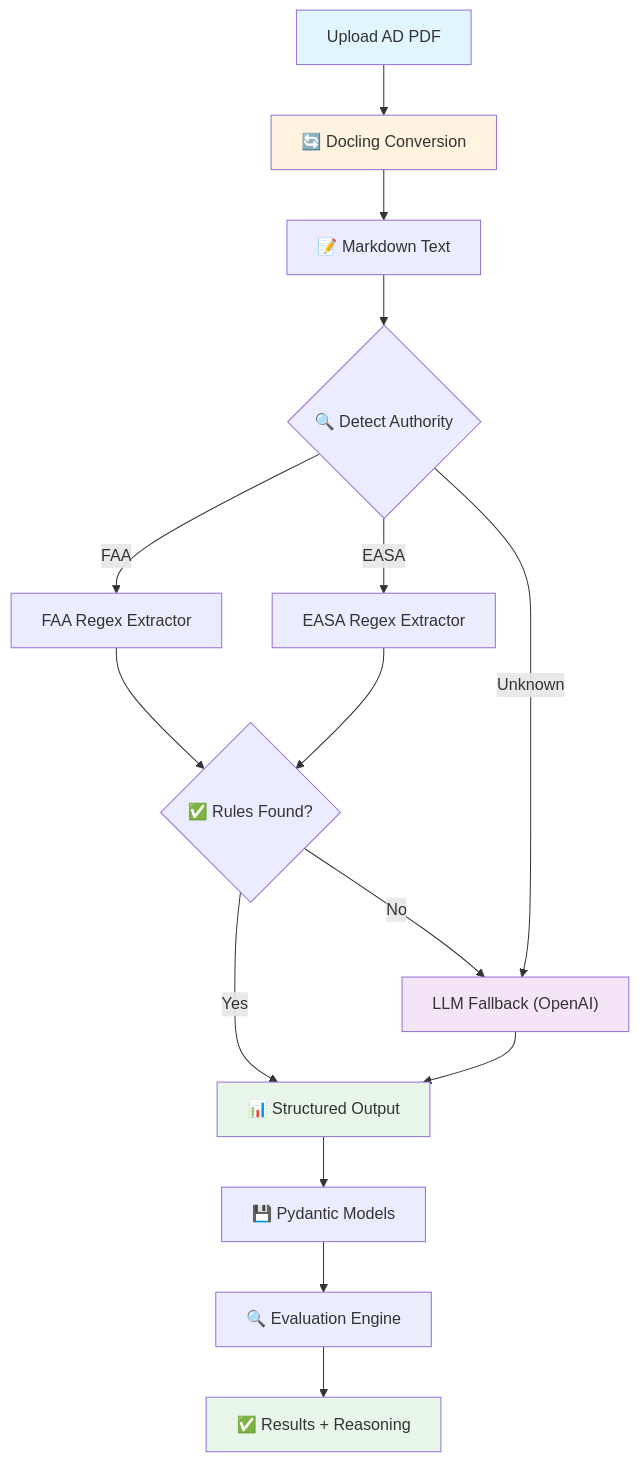
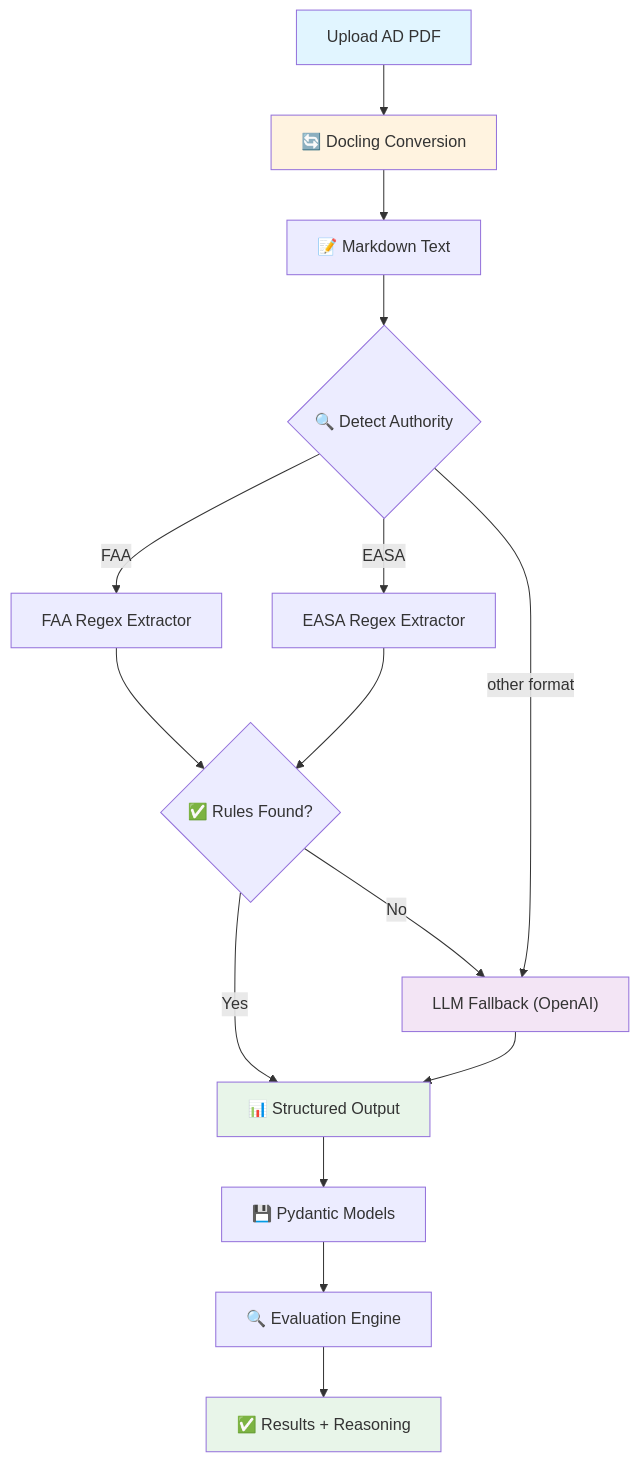
Before and after one commit to ZidanMau24/AD-Extraction-Pipeline-Assesment: the diagram in report.md, drawn with Mermaid. The commit also changed other lines of this file, not shown here.

````diff
--- a/report.md
+++ b/report.md
@@ -9,23 +9,23 @@
 ```mermaid
 flowchart TD
     A[" Upload AD PDF"] --> B["🔄 Docling Conversion"]
     B --> C["📝 Markdown Text"]
     C --> D{"🔍 Detect Authority"}
     D -->|FAA| E[" FAA Regex Extractor"]
     D -->|EASA| F[" EASA Regex Extractor"]
-    D -->|Unknown| G[" LLM Fallback (OpenAI)"]
+    D -->|other format| G[" LLM Fallback (OpenAI)"]
     E --> H{"✅ Rules Found?"}
     F --> H
     H -->|Yes| I["📊 Structured Output"]
     H -->|No| G
     G --> I
     I --> J["💾 Pydantic Models"]
     J --> K["🔍 Evaluation Engine"]
     K --> L["✅ Results + Reasoning"]
     
     style A fill:#e1f5ff
     style B fill:#fff3e0
     style G fill:#f3e5f5
     style I fill:#e8f5e9
     style L fill:#e8f5e9
 ```
````
